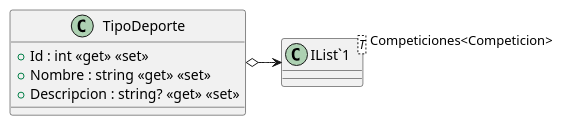
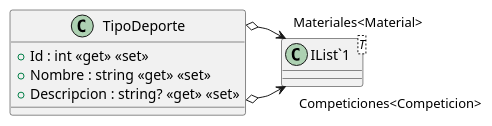
One commit to 2026-27AstonMartin/ISII2627AstonMartin changed the diagram in src/AppForSEII.API/ClassDiagram/Models/TipoDeporte.puml. Above: the diagram before and after it, drawn with PlantUML. The commit also changed 11 other files, not shown here.

```diff
--- a/src/AppForSEII.API/ClassDiagram/Models/TipoDeporte.puml
+++ b/src/AppForSEII.API/ClassDiagram/Models/TipoDeporte.puml
@@ -1,10 +1,11 @@
 @startuml
 class TipoDeporte {
     + Id : int <<get>> <<set>>
     + Nombre : string <<get>> <<set>>
     + Descripcion : string? <<get>> <<set>>
 }
 class "IList`1"<T> {
 }
 TipoDeporte o-> "Competiciones<Competicion>" "IList`1"
+TipoDeporte o-> "Materiales<Material>" "IList`1"
 @enduml
```
